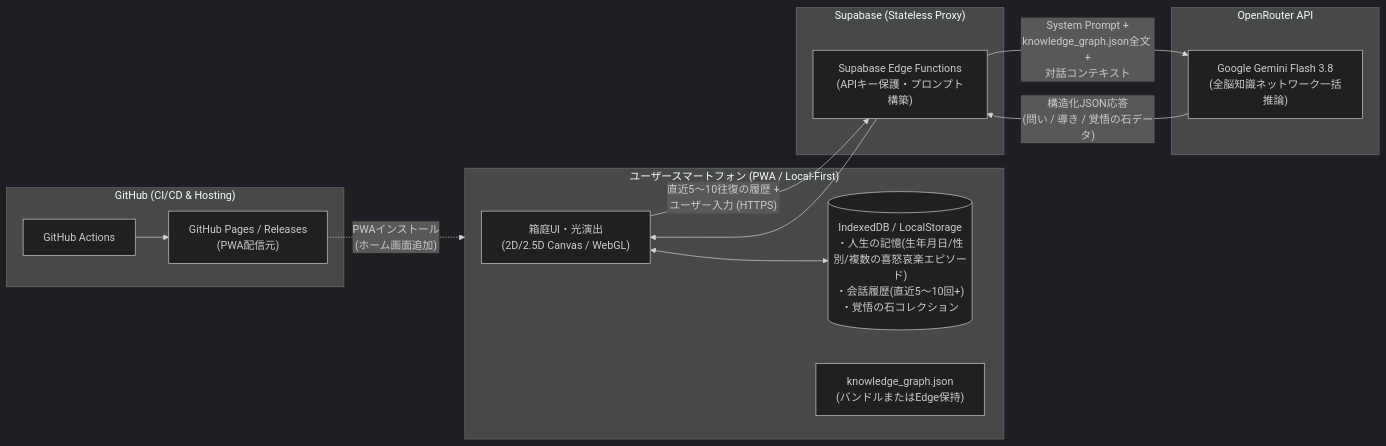
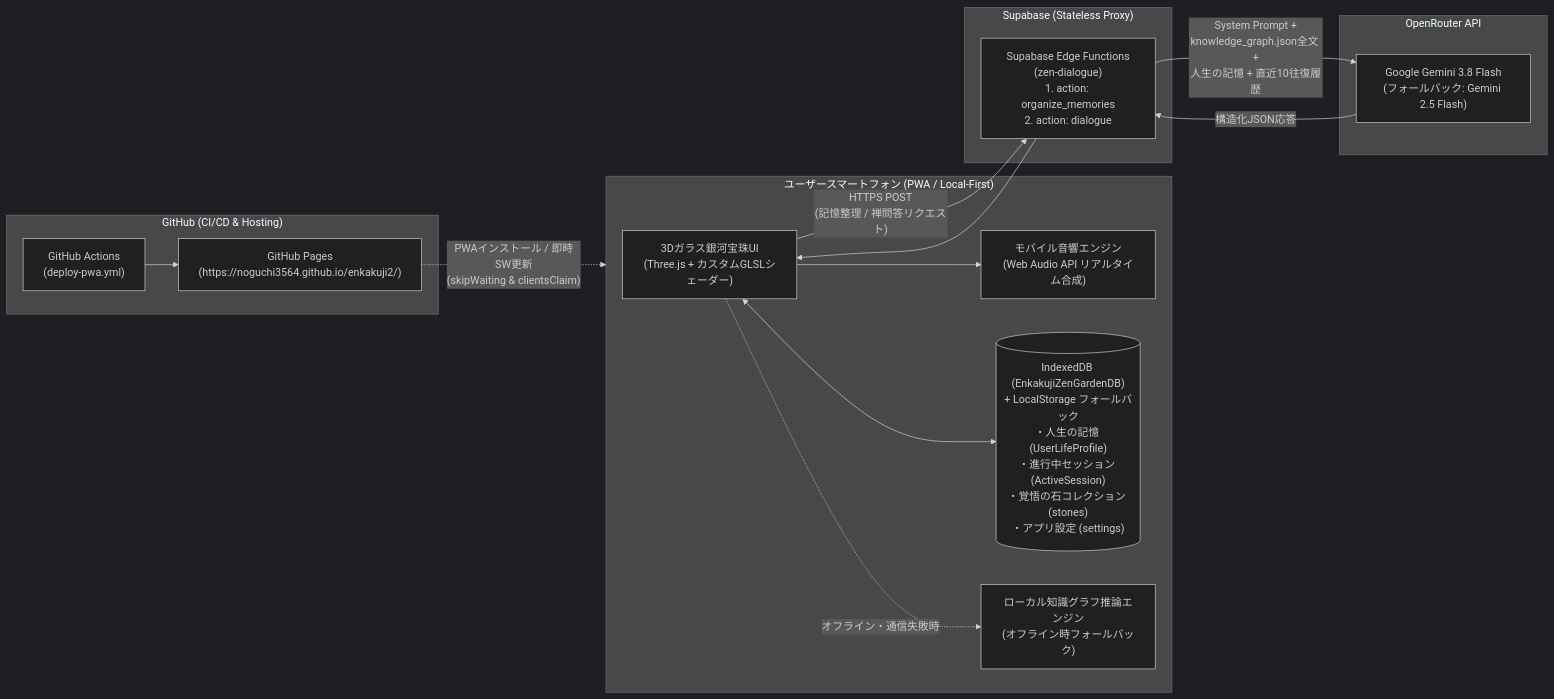
One commit to NOGUCHI3564/enkakuji2 changed the first of 2 diagrams in spec.md. Above: the diagram before and after it, drawn with Mermaid (dark theme). The commit also changed other lines of this file, not shown here.

Commit message:
docs: update specification document to v3.0 reflecting full architecture and implementation

````diff
--- a/spec.md
+++ b/spec.md
@@ -35,27 +37,30 @@
 ```mermaid
 flowchart LR
     subgraph GitHub ["GitHub (CI/CD & Hosting)"]
-        GA["GitHub Actions"] --> Pages["GitHub Pages / Releases\n(PWA配信元)"]
+        GA["GitHub Actions\n(deploy-pwa.yml)"] --> Pages["GitHub Pages\n(https://noguchi3564.github.io/enkakuji2/)"]
     end
 
     subgraph Smartphone ["ユーザースマートフォン (PWA / Local-First)"]
-        UI["箱庭UI・光演出\n(2D/2.5D Canvas / WebGL)"]
-        IDB[("IndexedDB / LocalStorage\n・人生の記憶(生年月日/性別/複数の喜怒哀楽エピソード)\n・会話履歴(直近5〜10回+)\n・覚悟の石コレクション")]
-        KG_Local["knowledge_graph.json\n(バンドルまたはEdge保持)"]
+        UI["3Dガラス銀河宝珠UI\n(Three.js + カスタムGLSLシェーダー)"]
+        Audio["モバイル音響エンジン\n(Web Audio API リアルタイム合成)"]
+        IDB[("IndexedDB (EnkakujiZenGardenDB)\n+ LocalStorage フォールバック\n・人生の記憶 (UserLifeProfile)\n・進行中セッション (ActiveSession)\n・覚悟の石コレクション (stones)\n・アプリ設定 (settings)")]
+        LocalFallback["ローカル知識グラフ推論エンジン\n(オフライン時フォールバック)"]
     end
 
     subgraph Backend ["Supabase (Stateless Proxy)"]
-        EF["Supabase Edge Functions\n(APIキー保護・プロンプト構築)"]
+        EF["Supabase Edge Functions\n(zen-dialogue)\n1. action: organize_memories\n2. action: dialogue"]
     end
 
     subgraph LLM ["OpenRouter API"]
-        Gemini["Google Gemini Flash 3.8\n(全脳知識ネットワーク一括推論)"]
+        Gemini["Google Gemini 3.8 Flash\n(フォールバック: Gemini 2.5 Flash)"]
     end
 
-    Pages -. "PWAインストール\n(ホーム画面追加)" .-> Smartphone
+    Pages -. "PWAインストール / 即時SW更新\n(skipWaiting & clientsClaim)" .-> Smartphone
     UI <--> IDB
-    UI -- "直近5〜10往復の履歴 +\nユーザー入力 (HTTPS)" --> EF
-    EF -- "System Prompt +\nknowledge_graph.json全文 +\n対話コンテキスト" --> Gemini
-    Gemini -- "構造化JSON応答\n(問い / 導き / 覚悟の石データ)" --> EF
+    UI --> Audio
+    UI -- "HTTPS POST\n(記憶整理 / 禅問答リクエスト)" --> EF
+    UI -. "オフライン・通信失敗時" .-> LocalFallback
+    EF -- "System Prompt +\nknowledge_graph.json全文 +\n人生の記憶 + 直近10往復履歴" --> Gemini
+    Gemini -- "構造化JSON応答" --> EF
     EF --> UI
 ```
````
